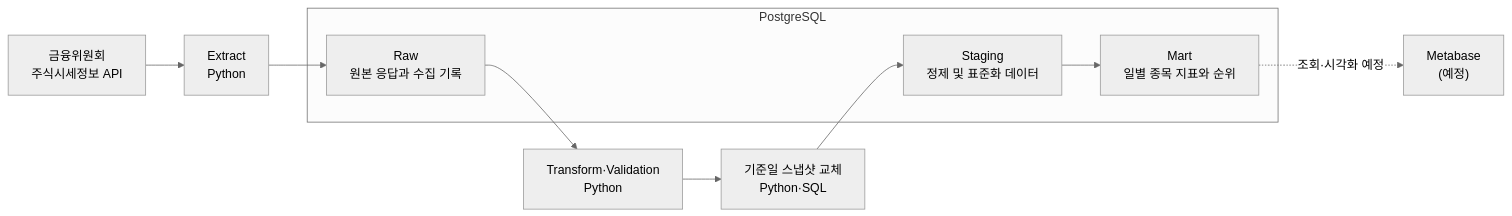
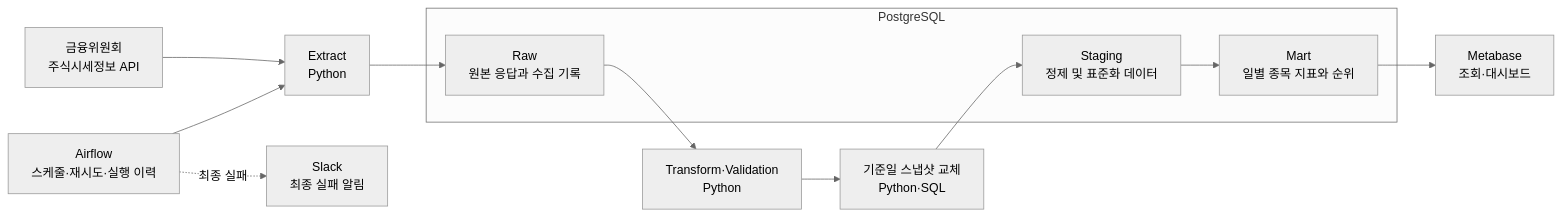
One commit to bang0930/etl-pipeline-project changed the diagram in README.md. Above: the diagram before and after it, drawn with Mermaid (neutral theme). The commit also changed other lines of this file, not shown here.

````diff
--- a/README.md
+++ b/README.md
@@ -74,23 +74,27 @@
 ```mermaid
 flowchart LR
     SOURCE["금융위원회<br/>주식시세정보 API"]
     EXTRACT["Extract<br/>Python"]
 
     subgraph POSTGRES["PostgreSQL"]
         RAW["Raw<br/>원본 응답과 수집 기록"]
         STAGING["Staging<br/>정제 및 표준화 데이터"]
         MART["Mart<br/>일별 종목 지표와 순위"]
     end
 
     TRANSFORM["Transform·Validation<br/>Python"]
     LOAD["기준일 스냅샷 교체<br/>Python·SQL"]
-    METABASE["Metabase<br/>(예정)"]
+    AIRFLOW["Airflow<br/>스케줄·재시도·실행 이력"]
+    METABASE["Metabase<br/>조회·대시보드"]
+    SLACK["Slack<br/>최종 실패 알림"]
 
+    AIRFLOW --> EXTRACT
     SOURCE --> EXTRACT
     EXTRACT --> RAW
     RAW --> TRANSFORM
     TRANSFORM --> LOAD
     LOAD --> STAGING
     STAGING --> MART
-    MART -. "조회·시각화 예정" .-> METABASE
+    MART --> METABASE
+    AIRFLOW -. "최종 실패" .-> SLACK
 ```
````
